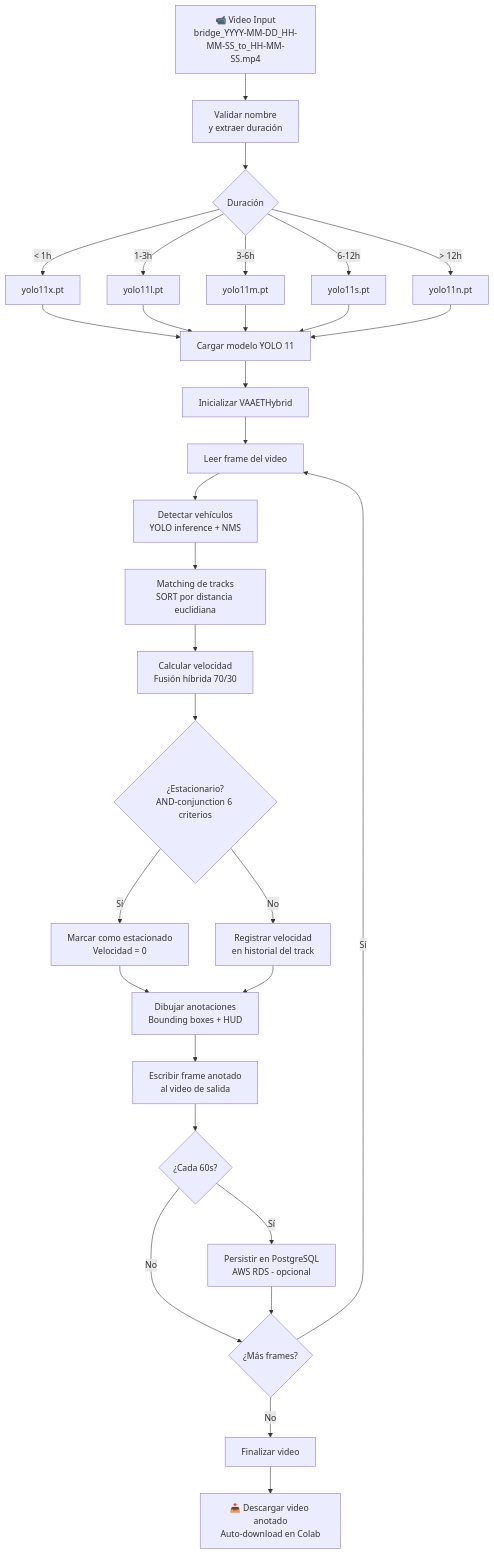
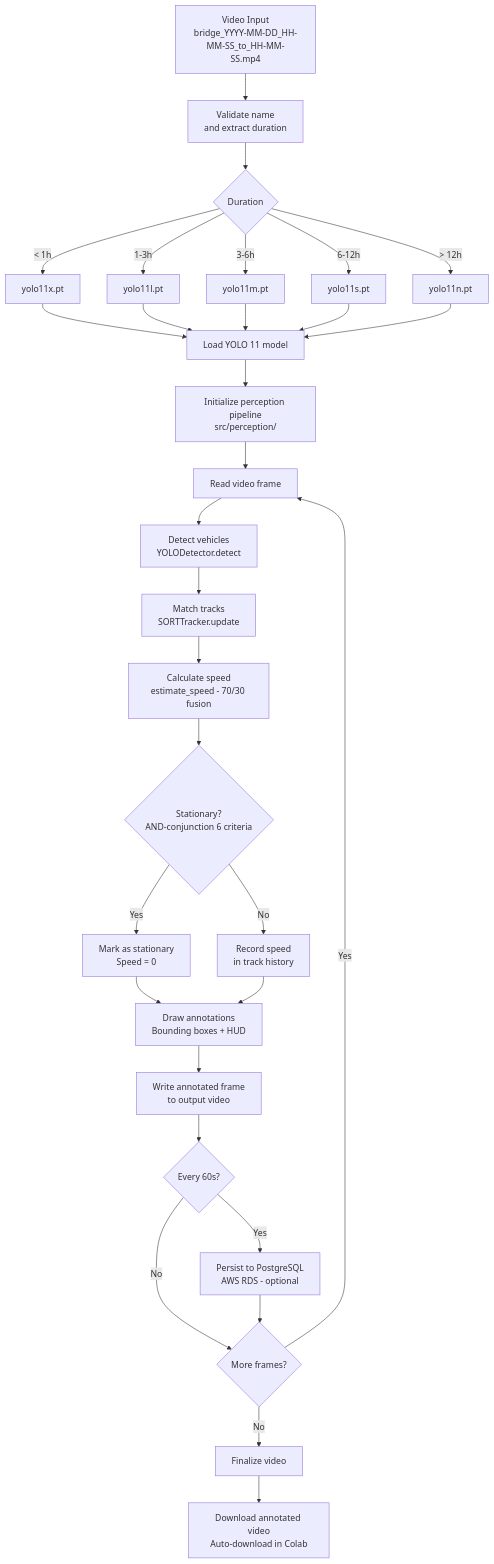
The first of 2 diagrams in Docs/DDS.md (aka-titesen/vaaet), drawn with Mermaid before and after one commit. The commit also changed other lines of this file and 44 other files, not shown here.

````diff
--- a/Docs/DDS.md
+++ b/Docs/DDS.md
@@ -17,35 +18,35 @@
 ```mermaid
 flowchart TD
-    A[📹 Video Input<br/>bridge_YYYY-MM-DD_HH-MM-SS_to_HH-MM-SS.mp4] --> B[Validar nombre<br/>y extraer duración]
-    B --> C{Duración}
+    A[Video Input<br/>bridge_YYYY-MM-DD_HH-MM-SS_to_HH-MM-SS.mp4] --> B[Validate name<br/>and extract duration]
+    B --> C{Duration}
     C -->|< 1h| D1[yolo11x.pt]
     C -->|1-3h| D2[yolo11l.pt]
     C -->|3-6h| D3[yolo11m.pt]
     C -->|6-12h| D4[yolo11s.pt]
     C -->|> 12h| D5[yolo11n.pt]
     
-    D1 & D2 & D3 & D4 & D5 --> E[Cargar modelo YOLO 11]
+    D1 & D2 & D3 & D4 & D5 --> E[Load YOLO 11 model]
     
-    E --> F[Inicializar VAAETHybrid]
-    F --> G[Leer frame del video]
+    E --> F[Initialize perception pipeline<br/>src/perception/]
+    F --> G[Read video frame]
     
-    G --> H[Detectar vehículos<br/>YOLO inference + NMS]
-    H --> I[Matching de tracks<br/>SORT por distancia euclidiana]
-    I --> J[Calcular velocidad<br/>Fusión híbrida 70/30]
-    J --> K{¿Estacionario?<br/>AND-conjunction 6 criterios}
+    G --> H[Detect vehicles<br/>YOLODetector.detect]
+    H --> I[Match tracks<br/>SORTTracker.update]
+    I --> J[Calculate speed<br/>estimate_speed - 70/30 fusion]
+    J --> K{Stationary?<br/>AND-conjunction 6 criteria}
     
-    K -->|Sí| L[Marcar como estacionado<br/>Velocidad = 0]
-    K -->|No| M[Registrar velocidad<br/>en historial del track]
+    K -->|Yes| L[Mark as stationary<br/>Speed = 0]
+    K -->|No| M[Record speed<br/>in track history]
     
-    L & M --> N[Dibujar anotaciones<br/>Bounding boxes + HUD]
-    N --> O[Escribir frame anotado<br/>al video de salida]
+    L & M --> N[Draw annotations<br/>Bounding boxes + HUD]
+    N --> O[Write annotated frame<br/>to output video]
     
-    O --> P{¿Cada 60s?}
-    P -->|Sí| Q[Persistir en PostgreSQL<br/>AWS RDS - opcional]
-    P -->|No| R{¿Más frames?}
+    O --> P{Every 60s?}
+    P -->|Yes| Q[Persist to PostgreSQL<br/>AWS RDS - optional]
+    P -->|No| R{More frames?}
     Q --> R
     
-    R -->|Sí| G
-    R -->|No| S[Finalizar video]
-    S --> T[📥 Descargar video anotado<br/>Auto-download en Colab]
+    R -->|Yes| G
+    R -->|No| S[Finalize video]
+    S --> T[Download annotated video<br/>Auto-download in Colab]
 ```
````
